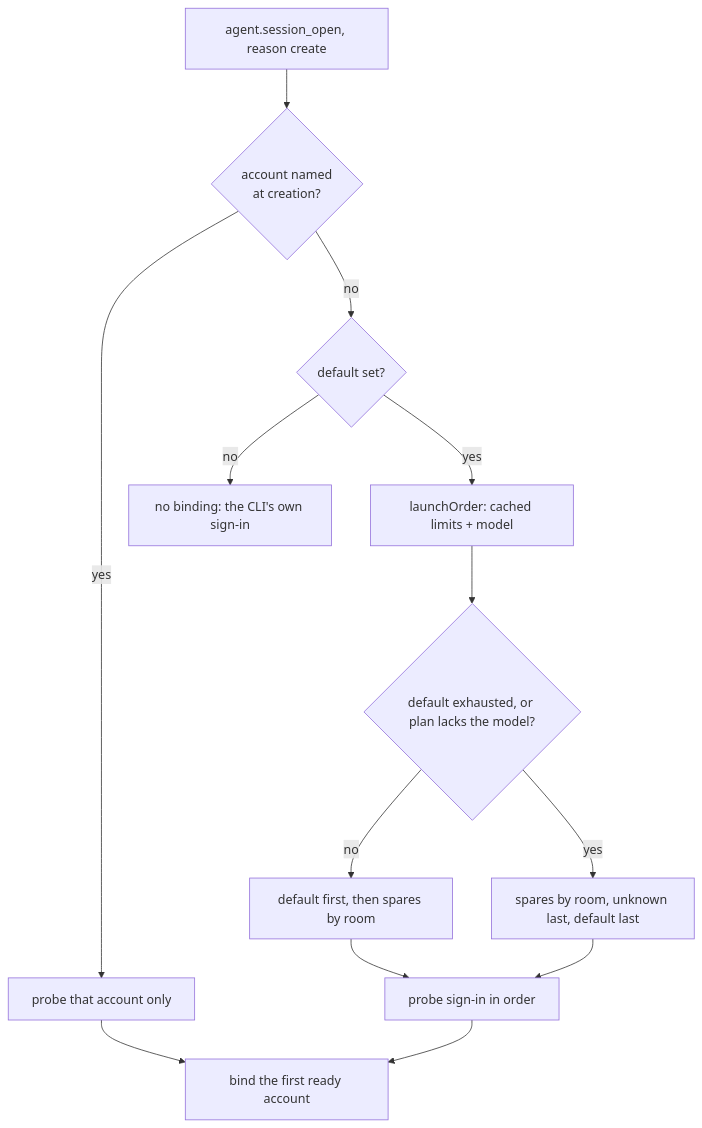
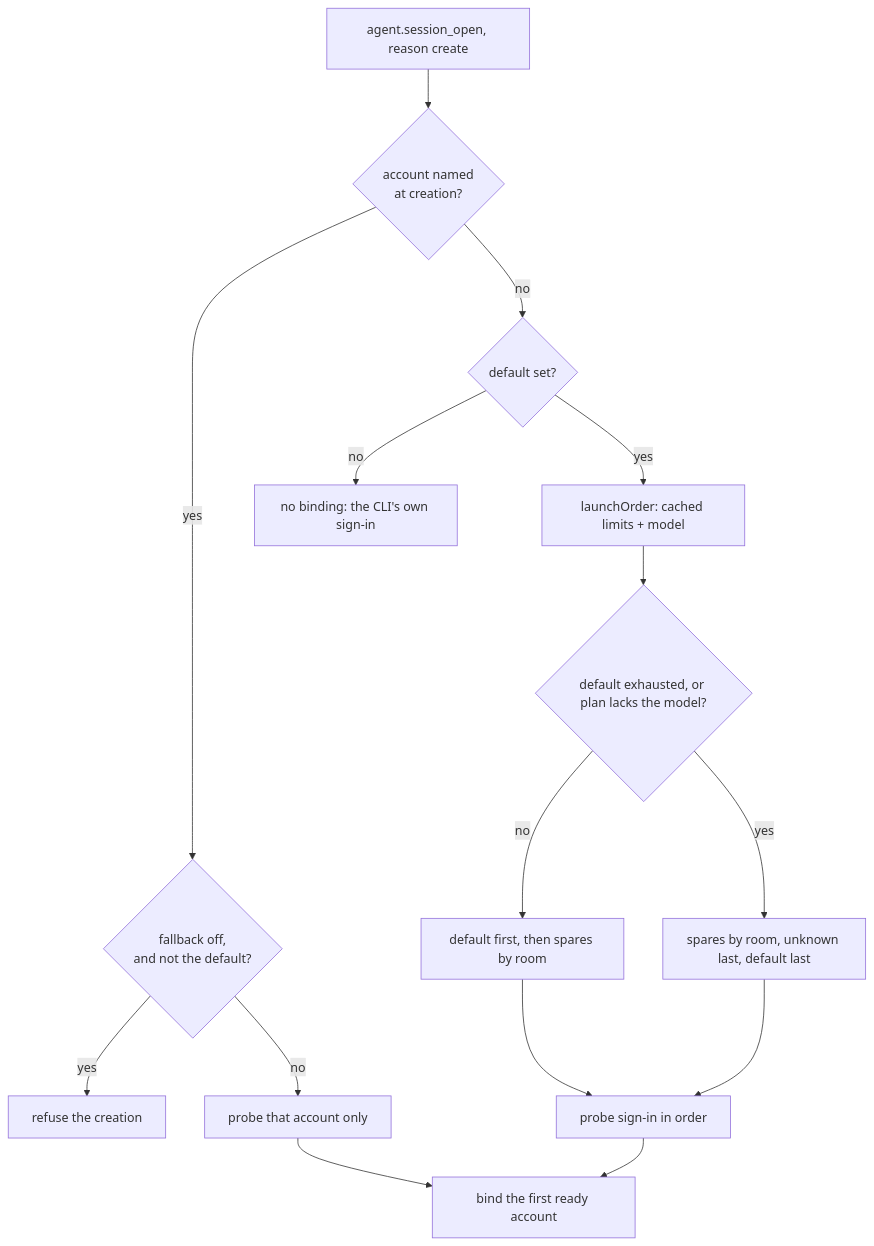
One commit to dutchakdev/paseo-plugin-account-switcher changed the second of 3 diagrams in docs/architecture.md. Above: the diagram before and after it, drawn with Mermaid. The commit also changed other lines of this file and 8 other files, not shown here.

First line of the commit message:
Keep Always use the default when an account is named

````diff
--- a/docs/architecture.md
+++ b/docs/architecture.md
@@ -62,14 +62,16 @@
 ```mermaid
 flowchart TD
   A[agent.session_open, reason create] --> R{account named<br/>at creation?}
-  R -- yes --> S[probe that account only] --> H
+  R -- yes --> Q{fallback off,<br/>and not the default?}
+  Q -- yes --> X[refuse the creation]
+  Q -- no --> S[probe that account only] --> H
   R -- no --> B{default set?}
   B -- no --> Z[no binding: the CLI's own sign-in]
   B -- yes --> C[launchOrder: cached limits + model]
   C --> D{default exhausted, or plan lacks the model?}
   D -- no --> E[default first, then spares by room]
   D -- yes --> F[spares by room, unknown last, default last]
   E --> G[probe sign-in in order]
   F --> G
   G --> H[bind the first ready account]
 ```
````
